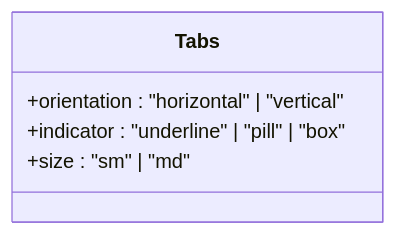
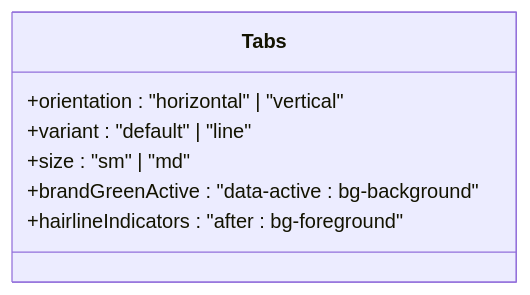
Before and after one commit to userisaziz/samaa-ai: diagram 12 of 18 in .qoder/repowiki/en/content/Frontend Application/UI Component Library & Design System.md, drawn with Mermaid. The commit also changed other lines of this file and 108 other files, not shown here.

````diff
--- a/.qoder/repowiki/en/content/Frontend Application/UI Component Library & Design System.md
+++ b/.qoder/repowiki/en/content/Frontend Application/UI Component Library & Design System.md
@@ -455,8 +711,10 @@
 ```mermaid
 classDiagram
 class Tabs {
 +orientation : "horizontal" | "vertical"
-+indicator : "underline" | "pill" | "box"
++variant : "default" | "line"
 +size : "sm" | "md"
++brandGreenActive : "data-active : bg-background"
++hairlineIndicators : "after : bg-foreground"
 }
 ```
````
